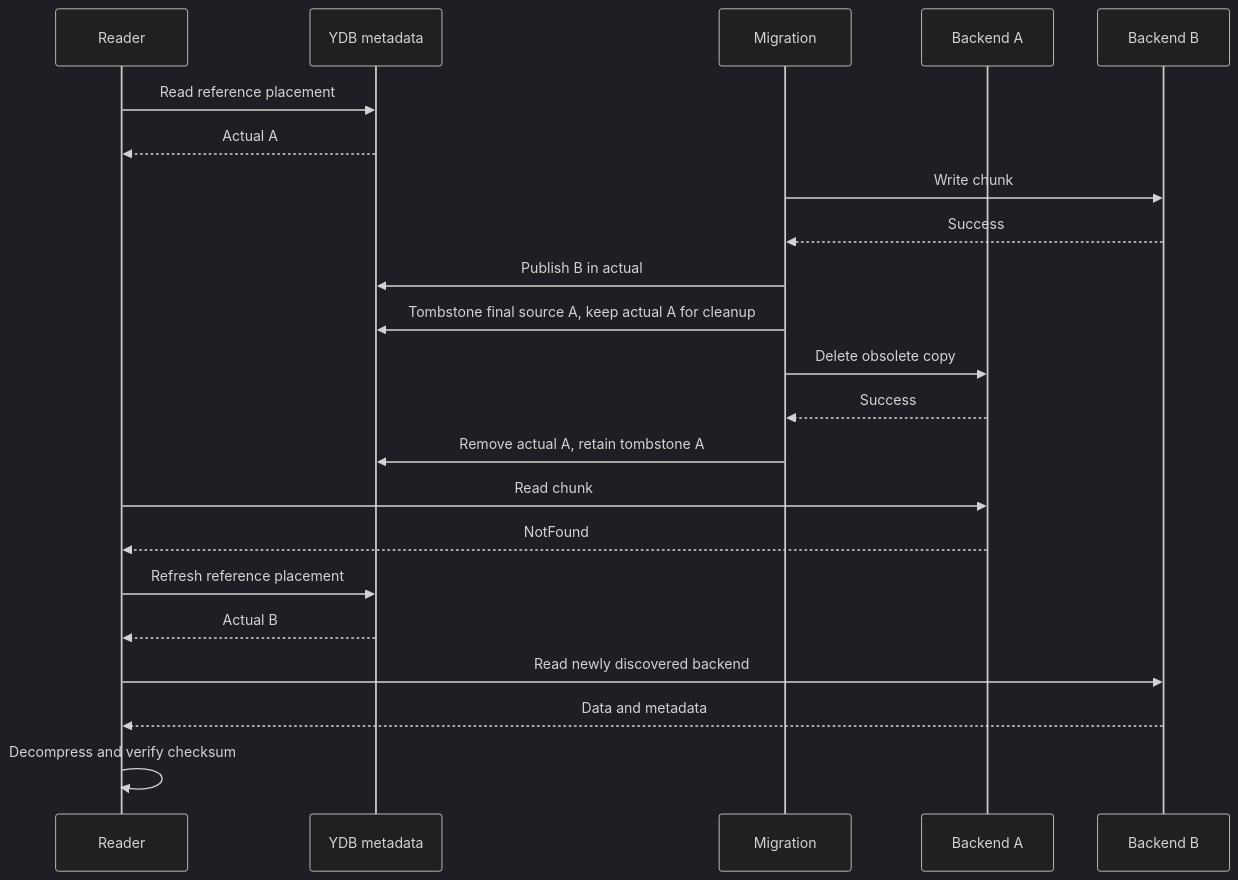
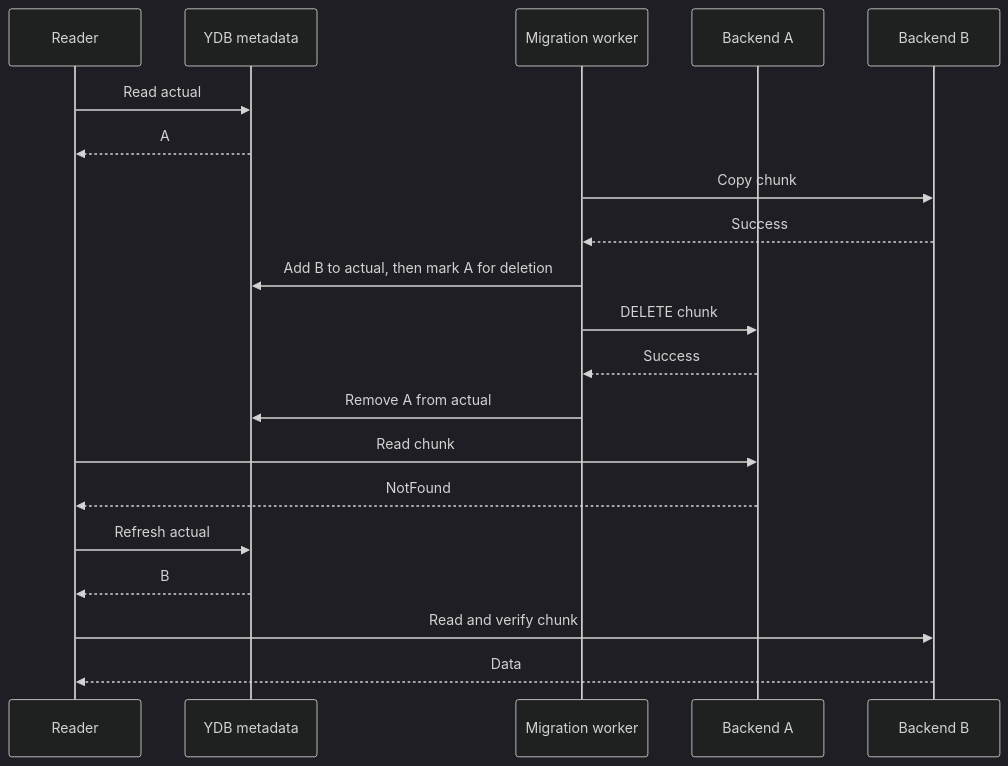
Before and after one commit to ydb-platform/nbs: the fourth of 10 diagrams in doc/disk_manager/chunk_storage/design_doc.md, drawn with Mermaid (dark theme). The commit also changed other lines of this file, not shown here.

````diff
--- a/doc/disk_manager/chunk_storage/design_doc.md
+++ b/doc/disk_manager/chunk_storage/design_doc.md
@@ -179,24 +168,22 @@
 ```mermaid
 sequenceDiagram
     participant Reader
     participant DB as YDB metadata
-    participant Migration
+    participant Task as Migration worker
     participant A as Backend A
     participant B as Backend B
-    Reader->>DB: Read reference placement
-    DB-->>Reader: Actual A
-    Migration->>B: Write chunk
-    B-->>Migration: Success
-    Migration->>DB: Publish B in actual
-    Migration->>DB: Tombstone final source A, keep actual A for cleanup
-    Migration->>A: Delete obsolete copy
-    A-->>Migration: Success
-    Migration->>DB: Remove actual A, retain tombstone A
+    Reader->>DB: Read actual
+    DB-->>Reader: A
+    Task->>B: Copy chunk
+    B-->>Task: Success
+    Task->>DB: Add B to actual, then mark A for deletion
+    Task->>A: DELETE chunk
+    A-->>Task: Success
+    Task->>DB: Remove A from actual
     Reader->>A: Read chunk
     A-->>Reader: NotFound
-    Reader->>DB: Refresh reference placement
-    DB-->>Reader: Actual B
-    Reader->>B: Read newly discovered backend
-    B-->>Reader: Data and metadata
-    Reader->>Reader: Decompress and verify checksum
+    Reader->>DB: Refresh actual
+    DB-->>Reader: B
+    Reader->>B: Read and verify chunk
+    B-->>Reader: Data
 ```
````
